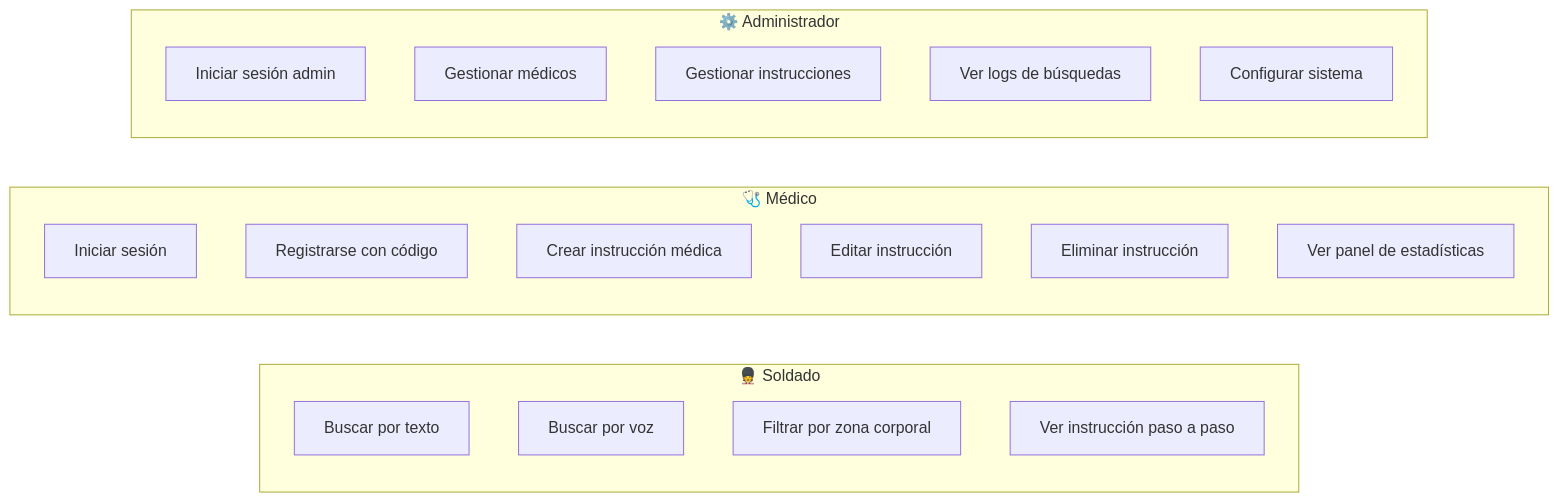
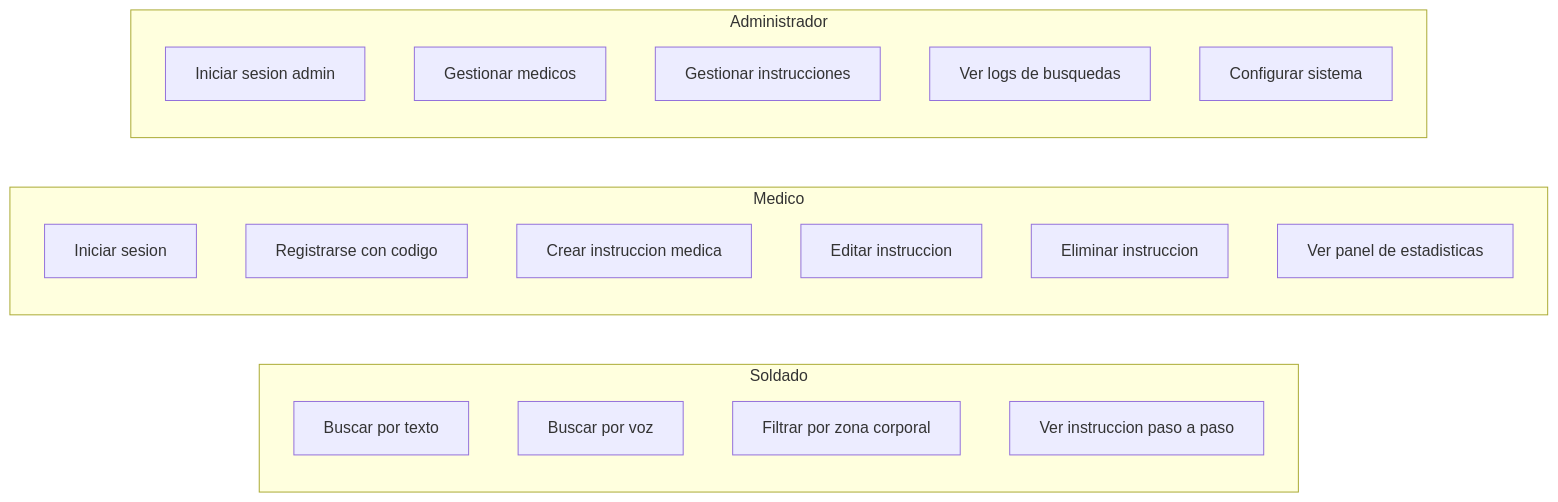
One commit to jair20-ar/chat-bot-militar-de-primeros-auxilios- changed the first of 2 diagrams in README.md. Above: the diagram before and after it, drawn with Mermaid. The commit also changed other lines of this file and 9 other files, not shown here.

````diff
--- a/README.md
+++ b/README.md
@@ -9,26 +11,26 @@
 ```mermaid
 flowchart LR
-    subgraph Soldado["💂 Soldado"]
+    subgraph Soldado["Soldado"]
         S1[Buscar por texto]
         S2[Buscar por voz]
         S3[Filtrar por zona corporal]
-        S4[Ver instrucción paso a paso]
+        S4[Ver instruccion paso a paso]
     end
 
-    subgraph Medico["🩺 Médico"]
-        M1[Iniciar sesión]
-        M2[Registrarse con código]
-        M3[Crear instrucción médica]
-        M4[Editar instrucción]
-        M5[Eliminar instrucción]
-        M6[Ver panel de estadísticas]
+    subgraph Medico["Medico"]
+        M1[Iniciar sesion]
+        M2[Registrarse con codigo]
+        M3[Crear instruccion medica]
+        M4[Editar instruccion]
+        M5[Eliminar instruccion]
+        M6[Ver panel de estadisticas]
     end
 
-    subgraph Admin["⚙️ Administrador"]
-        A1[Iniciar sesión admin]
-        A2[Gestionar médicos]
+    subgraph Admin["Administrador"]
+        A1[Iniciar sesion admin]
+        A2[Gestionar medicos]
         A3[Gestionar instrucciones]
-        A4[Ver logs de búsquedas]
+        A4[Ver logs de busquedas]
         A5[Configurar sistema]
     end
 ```
````
